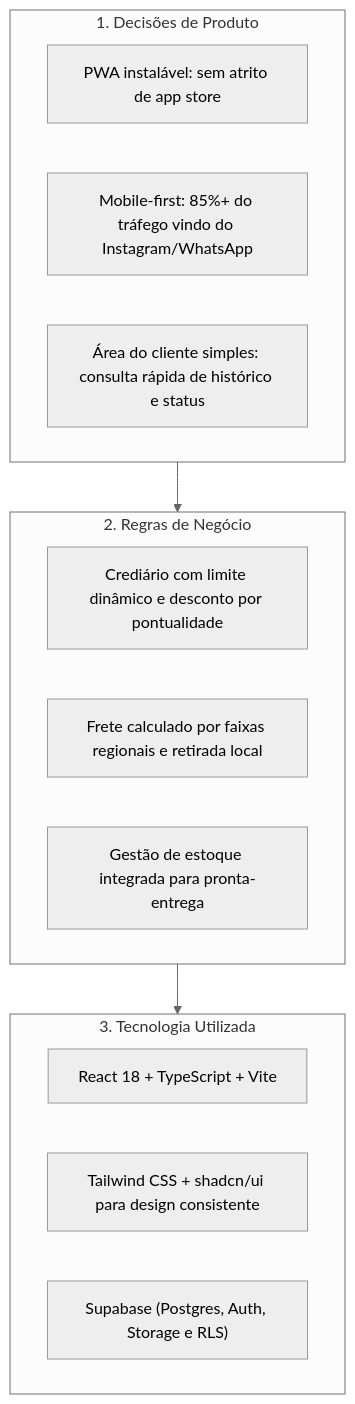
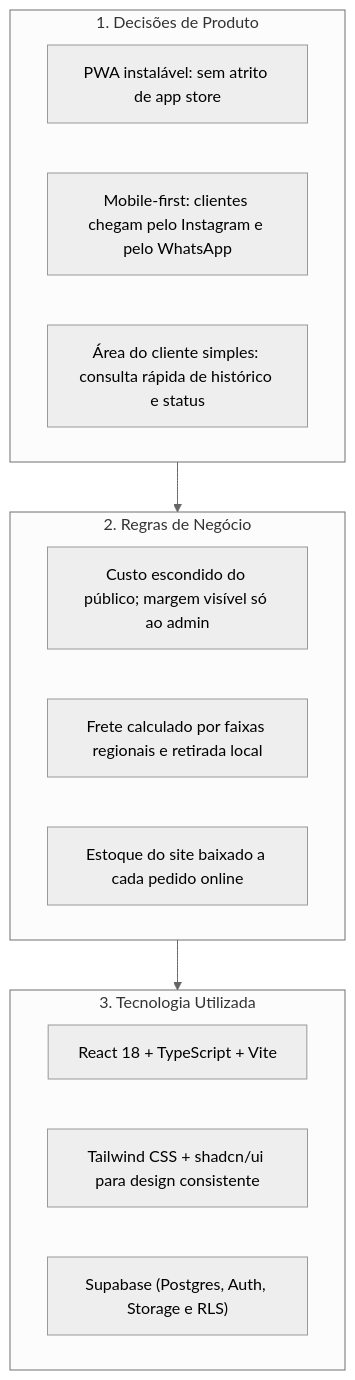
One commit to josemardp/esdracosmeticos changed the second of 2 diagrams in README.md. Above: the diagram before and after it, drawn with Mermaid (neutral theme). The commit also changed other lines of this file and 41 other files, not shown here.

````diff
--- a/README.md
+++ b/README.md
@@ -58,19 +58,19 @@
 ```mermaid
 flowchart TD
     subgraph Produto ["1. Decisões de Produto"]
         P1["PWA instalável: sem atrito de app store"]
-        P2["Mobile-first: 85%+ do tráfego vindo do Instagram/WhatsApp"]
+        P2["Mobile-first: clientes chegam pelo Instagram e pelo WhatsApp"]
         P3["Área do cliente simples: consulta rápida de histórico e status"]
     end
     subgraph Negocio ["2. Regras de Negócio"]
-        N1["Crediário com limite dinâmico e desconto por pontualidade"]
+        N1["Custo escondido do público; margem visível só ao admin"]
         N2["Frete calculado por faixas regionais e retirada local"]
-        N3["Gestão de estoque integrada para pronta-entrega"]
+        N3["Estoque do site baixado a cada pedido online"]
     end
     subgraph Tecnologia ["3. Tecnologia Utilizada"]
         T1["React 18 + TypeScript + Vite"]
         T2["Tailwind CSS + shadcn/ui para design consistente"]
         T3["Supabase (Postgres, Auth, Storage e RLS)"]
     end
     Produto --> Negocio --> Tecnologia
 ```
````
